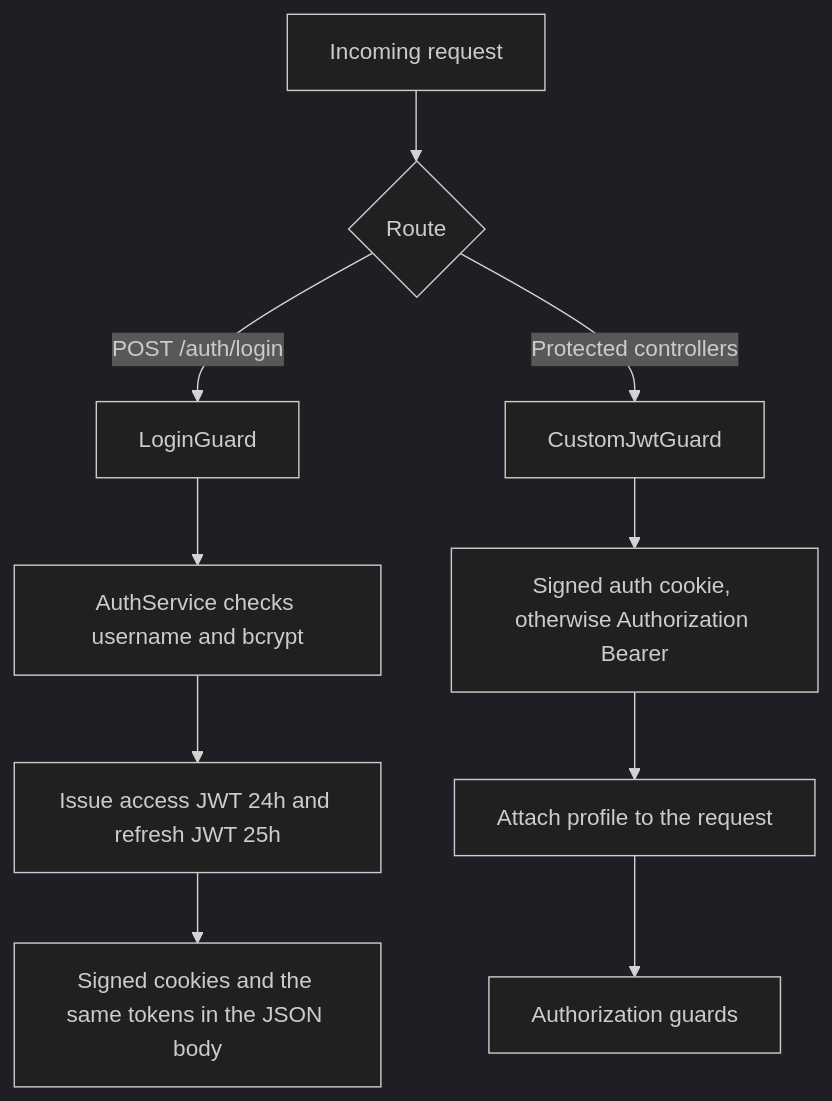
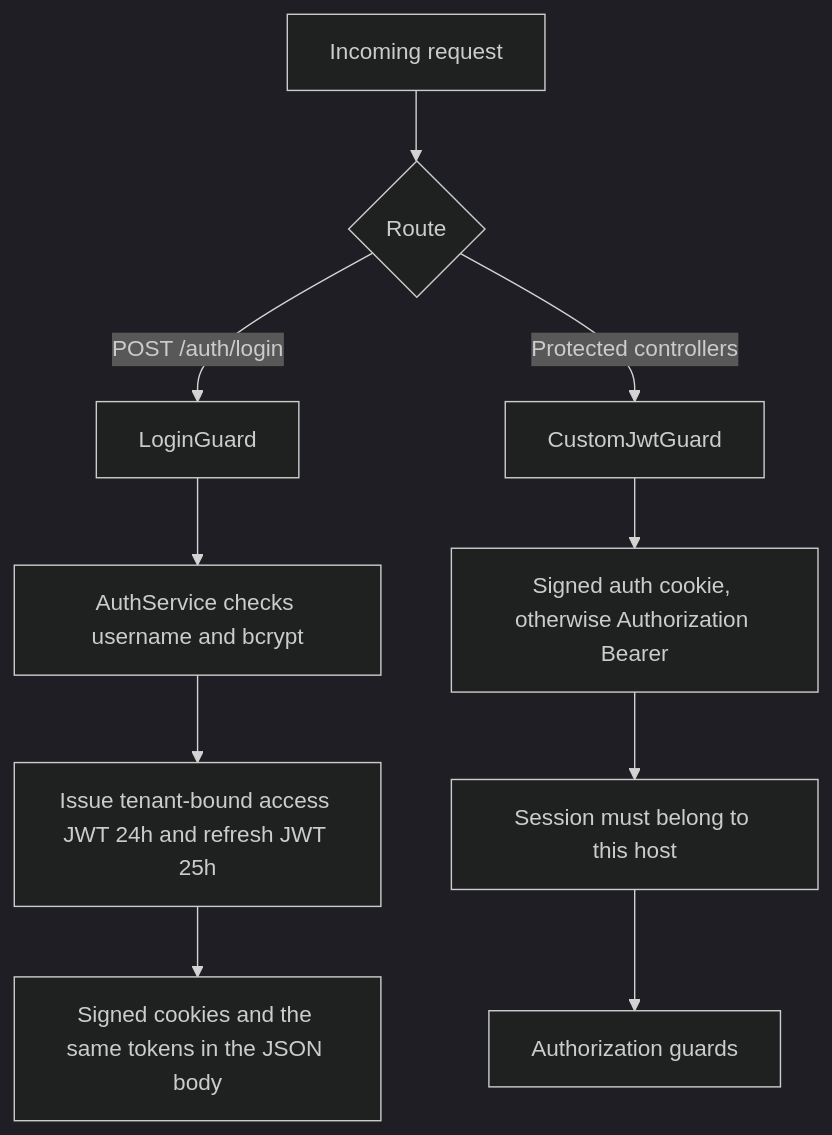
The fourth of 5 diagrams in docs/architecture/ARCHITECTURE.md (faraz455/nestjs-prisma-mysql), drawn with Mermaid (dark theme) before and after one commit. The commit also changed other lines of this file and 15 other files, not shown here.

Commit message:
Fix issue related to user login sessions and now you can revoke them

````diff
--- a/docs/architecture/ARCHITECTURE.md
+++ b/docs/architecture/ARCHITECTURE.md
@@ -57,12 +57,12 @@
 ```mermaid
 flowchart TD
   request["Incoming request"] --> which{"Route"}
   which -->|"POST /auth/login"| login["LoginGuard"]
   login --> bcrypt["AuthService checks username and bcrypt"]
-  bcrypt --> issue["Issue access JWT 24h and refresh JWT 25h"]
+  bcrypt --> issue["Issue tenant-bound access JWT 24h and refresh JWT 25h"]
   issue --> cookies["Signed cookies and the same tokens in the JSON body"]
   which -->|"Protected controllers"| jwt["CustomJwtGuard"]
   jwt --> read["Signed auth cookie, otherwise Authorization Bearer"]
-  read --> user["Attach profile to the request"]
+  read --> user["Session must belong to this host"]
   user --> next["Authorization guards"]
 ```
````
